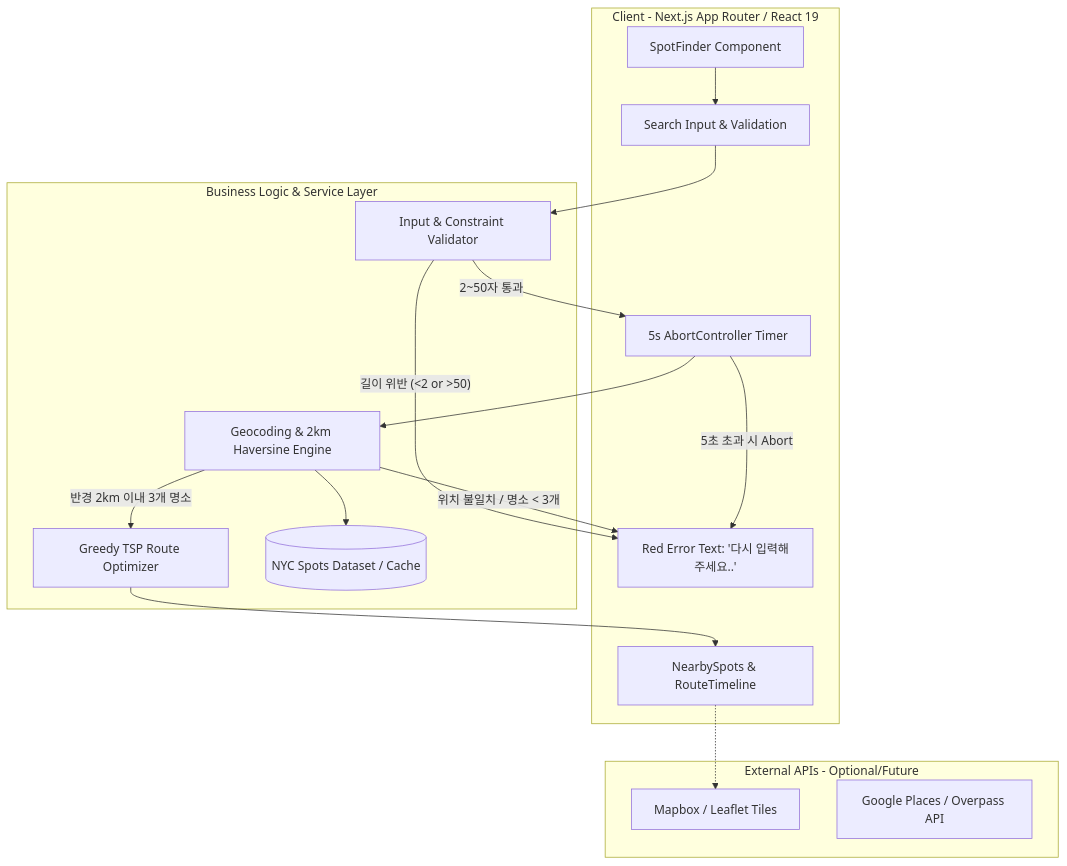
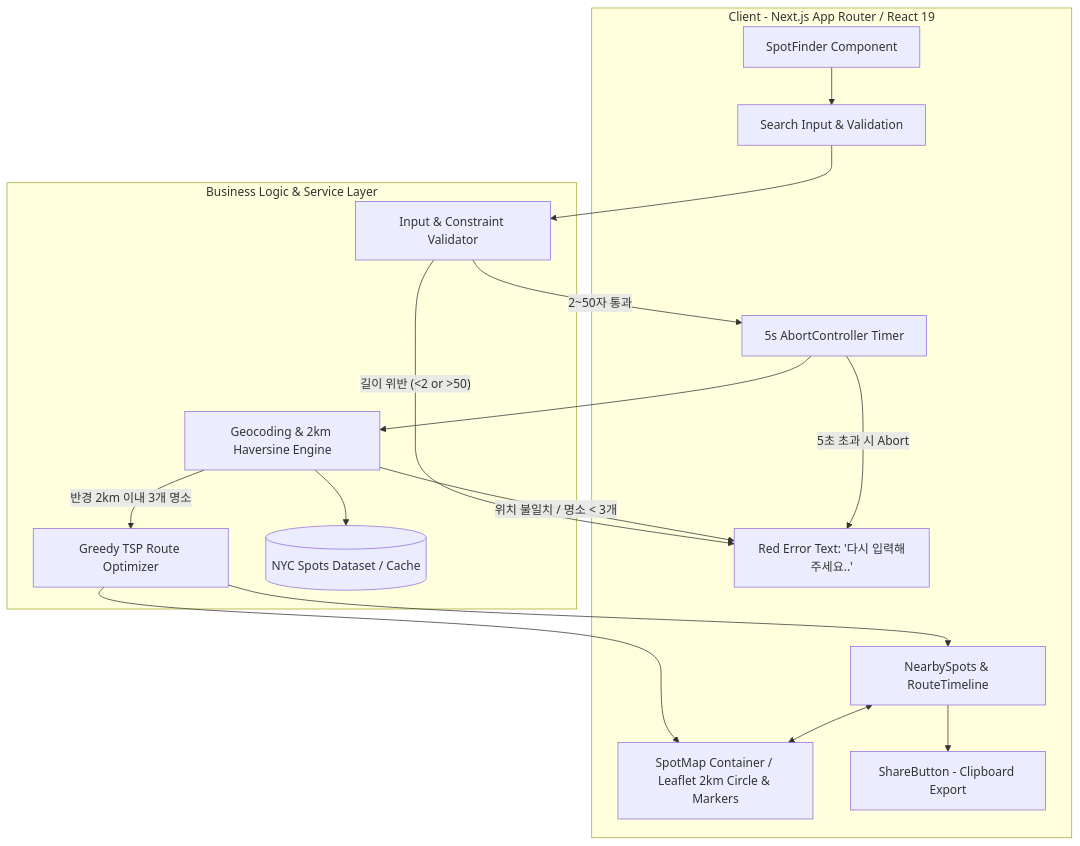
Before and after one commit to syuuuuunnnnnaaaaaaaa/nyc-2km--finder: the first of 2 diagrams in docs/ARCHITECTURE.md, drawn with Mermaid. The commit also changed other lines of this file and 2 other files, not shown here.

Commit message:
docs: update API spec, architecture diagram, and development plan to reflect Sprint 4 deliverables

````diff
--- a/docs/ARCHITECTURE.md
+++ b/docs/ARCHITECTURE.md
@@ -9,37 +9,36 @@
 ```mermaid
 flowchart TD
     subgraph Client [Client - Next.js App Router / React 19]
         UI[SpotFinder Component]
         Input[Search Input & Validation]
         TimerHook[5s AbortController Timer]
         ResultView[NearbySpots & RouteTimeline]
+        MapView[SpotMap Container / Leaflet 2km Circle & Markers]
+        ShareBtn[ShareButton - Clipboard Export]
         ErrorView[Red Error Text: '다시 입력해주세요..']
     end
 
     subgraph ServiceLayer [Business Logic & Service Layer]
         Validator[Input & Constraint Validator]
         GeoEngine[Geocoding & 2km Haversine Engine]
         RouteOptimizer[Greedy TSP Route Optimizer]
         NYCDataset[(NYC Spots Dataset / Cache)]
-    end
-
-    subgraph External [External APIs - Optional/Future]
-        MapboxAPI[Mapbox / Leaflet Tiles]
-        PlacesAPI[Google Places / Overpass API]
     end
 
     UI --> Input
     Input --> Validator
     Validator -- "2~50자 통과" --> TimerHook
     Validator -- "길이 위반 (<2 or >50)" --> ErrorView
 
     TimerHook --> GeoEngine
     TimerHook -- "5초 초과 시 Abort" --> ErrorView
 
     GeoEngine --> NYCDataset
     GeoEngine -- "위치 불일치 / 명소 < 3개" --> ErrorView
     GeoEngine -- "반경 2km 이내 3개 명소" --> RouteOptimizer
 
     RouteOptimizer --> ResultView
-    ResultView -.-> MapboxAPI
+    RouteOptimizer --> MapView
+    ResultView --> ShareBtn
+    ResultView <--> MapView
 ```
````
